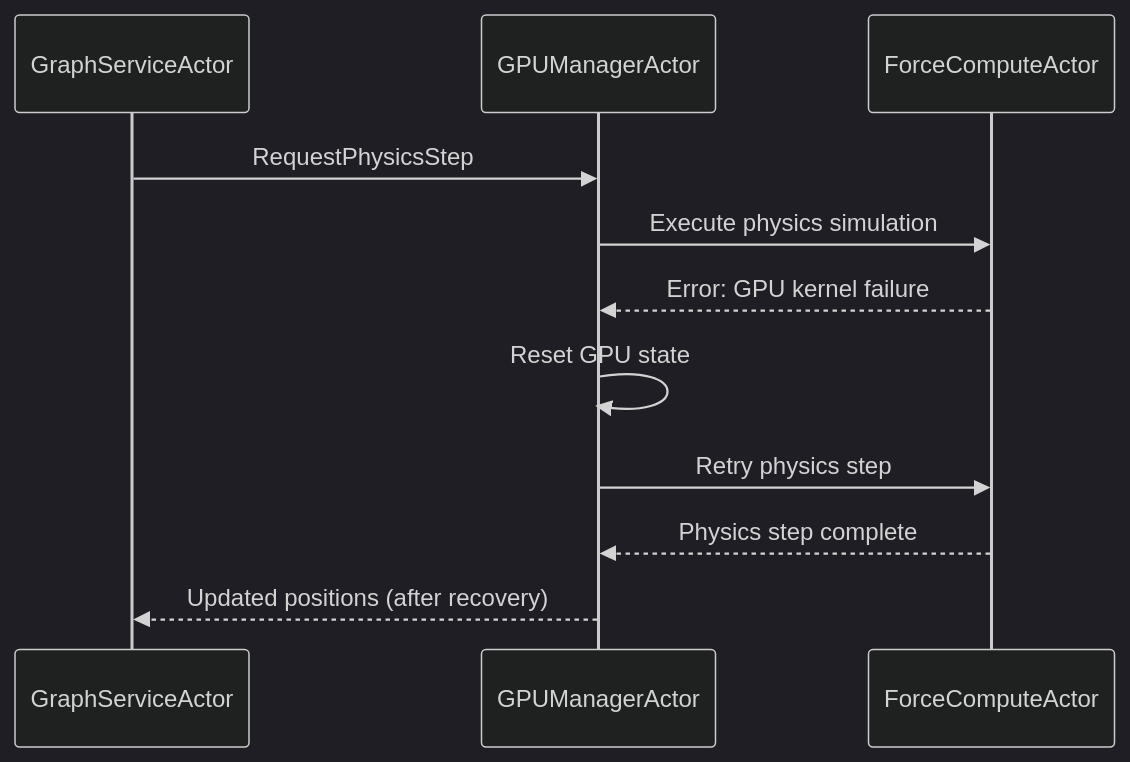
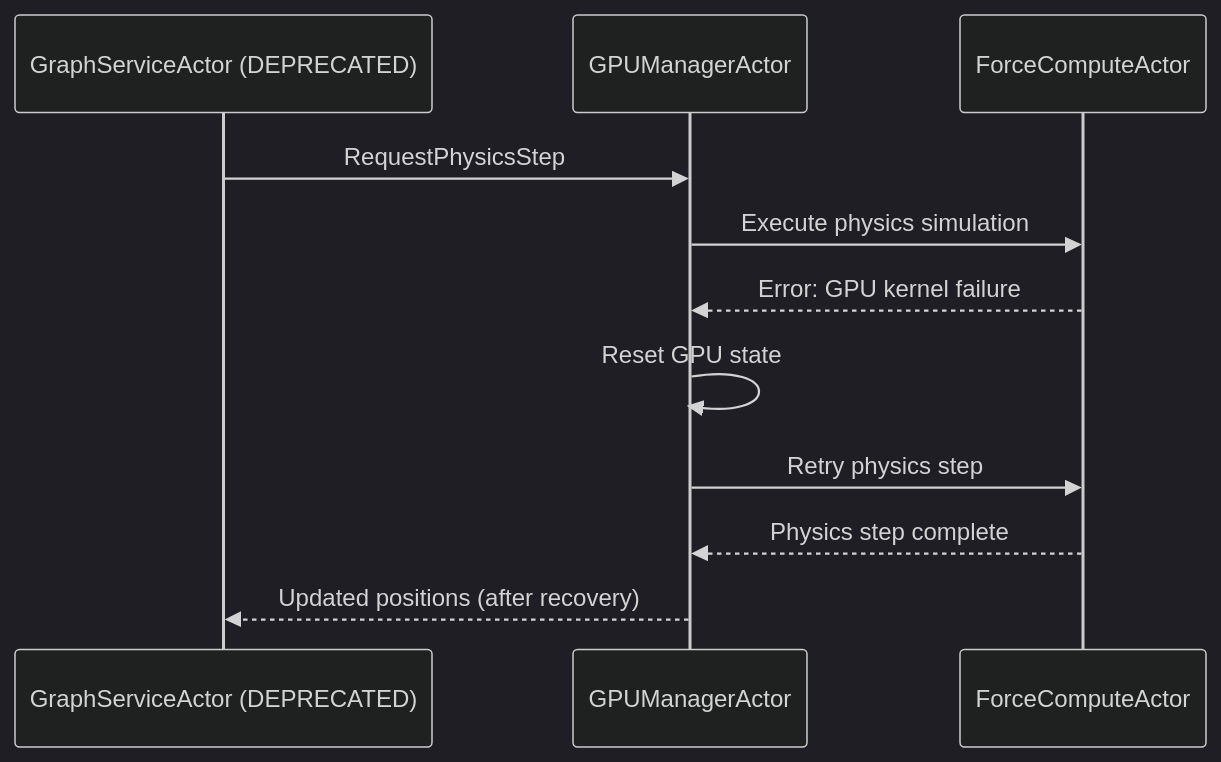
Before and after one commit to DreamLab-AI/VisionFlow: the third of 3 diagrams in docs/concepts/architecture/gpu/communication-flow.md, drawn with Mermaid (dark theme). The commit also changed other lines of this file and 65 other files, not shown here.

First line of the commit message:
Fix Priority 2: Architecture path corrections (27 broken links)

````diff
--- a/docs/concepts/architecture/gpu/communication-flow.md
+++ b/docs/concepts/architecture/gpu/communication-flow.md
@@ -169,14 +219,14 @@
 ```mermaid
 sequenceDiagram
-    participant GraphService as GraphServiceActor
+    participant GraphService as GraphServiceActor (DEPRECATED)
     participant GPUManager as GPUManagerActor
     participant ForceCompute as ForceComputeActor
 
     GraphService->>GPUManager: RequestPhysicsStep
     GPUManager->>ForceCompute: Execute physics simulation
     ForceCompute-->>GPUManager: Error: GPU kernel failure
     GPUManager->>GPUManager: Reset GPU state
     GPUManager->>ForceCompute: Retry physics step
     ForceCompute-->>GPUManager: Physics step complete
     GPUManager-->>GraphService: Updated positions (after recovery)
 ```
````
